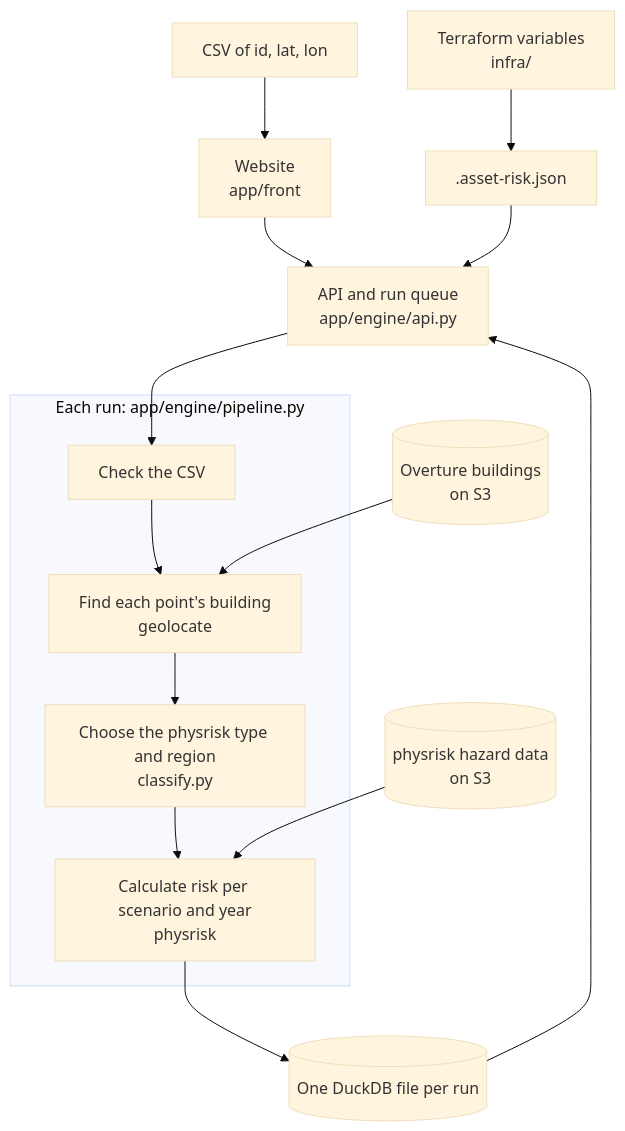
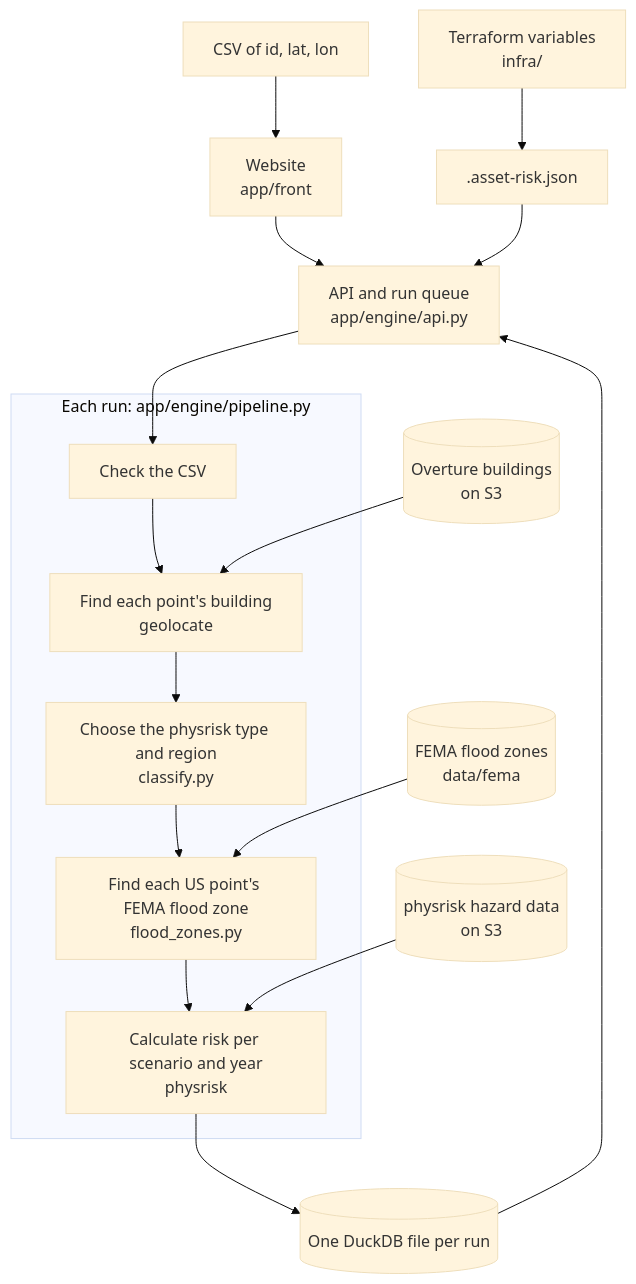
One commit to mnovovil/asset-risk changed the first of 2 diagrams in README.md. Above: the diagram before and after it, drawn with Mermaid (base theme). The commit also changed other lines of this file and 11 other files, not shown here.

First line of the commit message:
test: validate FEMA flood zones at known locations, and document the feature (#72)

````diff
--- a/README.md
+++ b/README.md
@@ -46,19 +50,21 @@
 ```mermaid
 flowchart TB
     csv["CSV of id, lat, lon"] --> front["Website<br/>app/front"]
     front --> api["API and run queue<br/>app/engine/api.py"]
 
     subgraph run["Each run: app/engine/pipeline.py"]
         ingest["Check the CSV"] --> locate["Find each point's building<br/>geolocate"]
         locate --> classify["Choose the physrisk type and region<br/>classify.py"]
-        classify --> assess["Calculate risk per scenario and year<br/>physrisk"]
+        classify --> flood["Find each US point's FEMA flood zone<br/>flood_zones.py"]
+        flood --> assess["Calculate risk per scenario and year<br/>physrisk"]
     end
 
     api --> ingest
     overture[("Overture buildings<br/>on S3")] --> locate
     hazards[("physrisk hazard data<br/>on S3")] --> assess
+    fema[("FEMA flood zones<br/>data/fema")] --> flood
     assess --> db[("One DuckDB file per run")]
     db --> api
     tf["Terraform variables<br/>infra/"] --> settings[".asset-risk.json"]
     settings --> api
 ```
````
